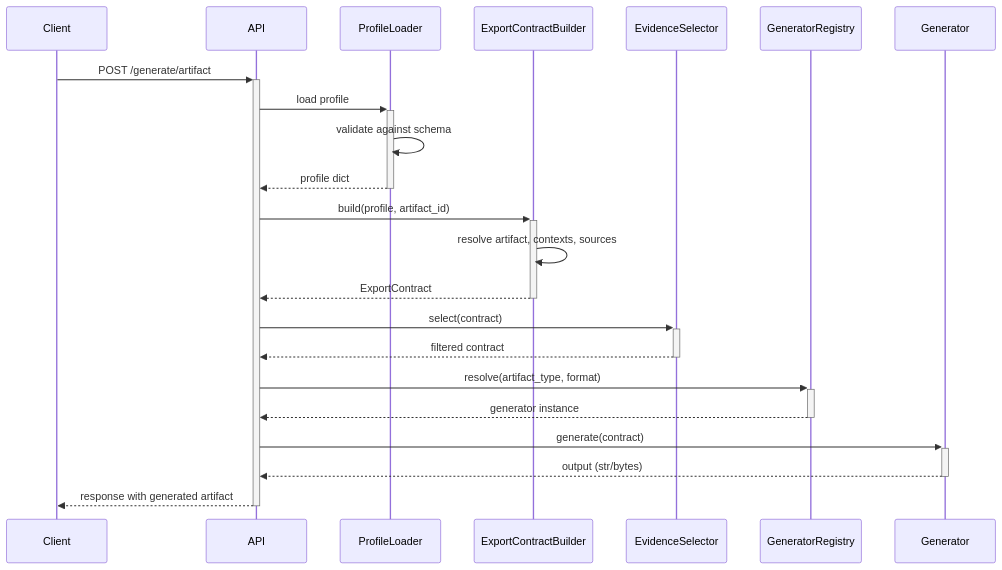
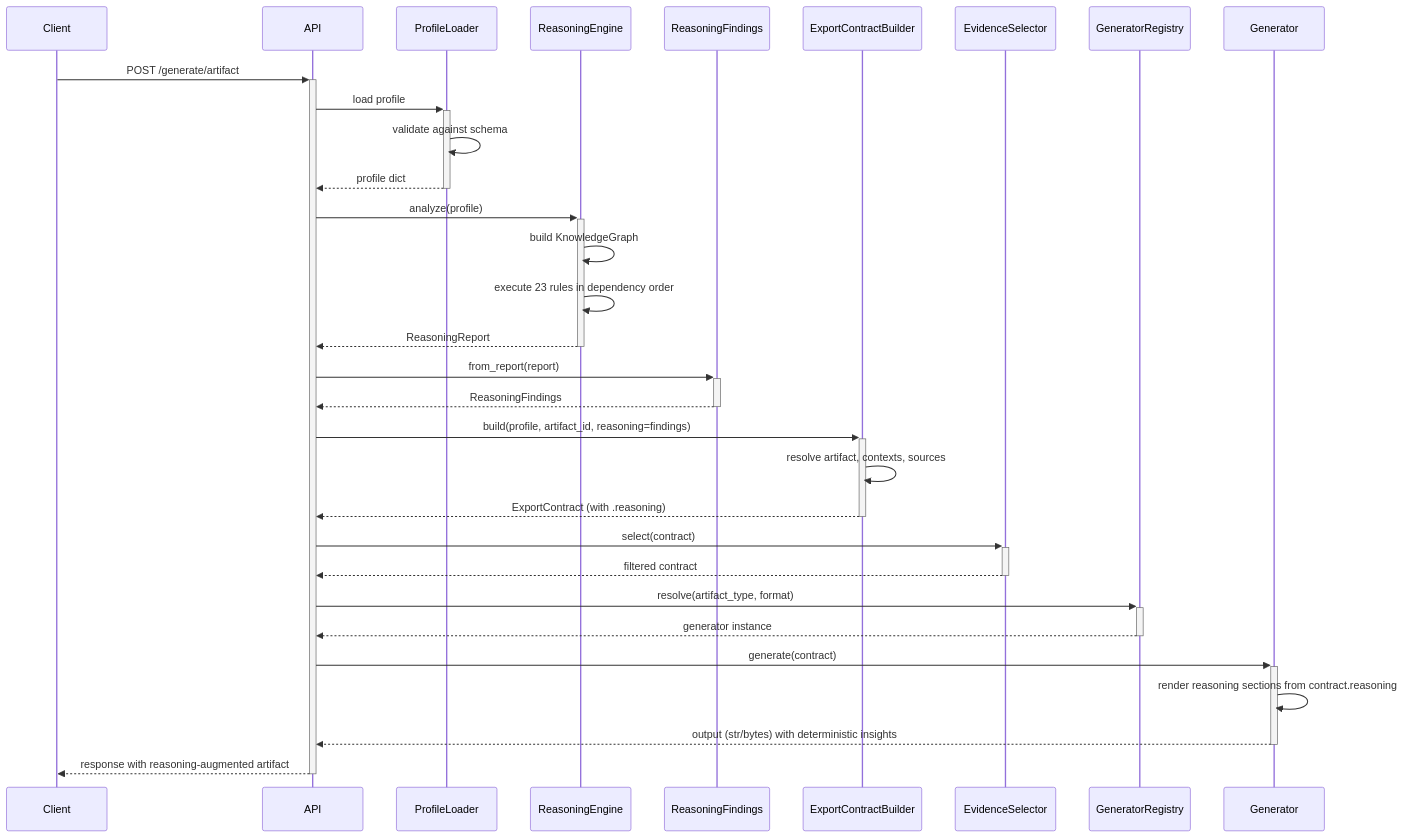
One commit to raulgong66/career-OS changed the fourth of 5 diagrams in docs/architecture/05-data-flow.md. Above: the diagram before and after it, drawn with Mermaid. The commit also changed other lines of this file and 31 other files, not shown here.

````diff
--- a/docs/architecture/05-data-flow.md
+++ b/docs/architecture/05-data-flow.md
@@ -133,17 +133,24 @@
 ```mermaid
 sequenceDiagram
     Client->>+API: POST /generate/artifact
     API->>+ProfileLoader: load profile
     ProfileLoader->>ProfileLoader: validate against schema
     ProfileLoader-->>-API: profile dict
-    API->>+ExportContractBuilder: build(profile, artifact_id)
+    API->>+ReasoningEngine: analyze(profile)
+    ReasoningEngine->>ReasoningEngine: build KnowledgeGraph
+    ReasoningEngine->>ReasoningEngine: execute 23 rules in dependency order
+    ReasoningEngine-->>-API: ReasoningReport
+    API->>+ReasoningFindings: from_report(report)
+    ReasoningFindings-->>-API: ReasoningFindings
+    API->>+ExportContractBuilder: build(profile, artifact_id, reasoning=findings)
     ExportContractBuilder->>ExportContractBuilder: resolve artifact, contexts, sources
-    ExportContractBuilder-->>-API: ExportContract
+    ExportContractBuilder-->>-API: ExportContract (with .reasoning)
     API->>+EvidenceSelector: select(contract)
     EvidenceSelector-->>-API: filtered contract
     API->>+GeneratorRegistry: resolve(artifact_type, format)
     GeneratorRegistry-->>-API: generator instance
     API->>+Generator: generate(contract)
-    Generator-->>-API: output (str/bytes)
-    API-->>-Client: response with generated artifact
+    Generator->>Generator: render reasoning sections from contract.reasoning
+    Generator-->>-API: output (str/bytes) with deterministic insights
+    API-->>-Client: response with reasoning-augmented artifact
 ```
````
